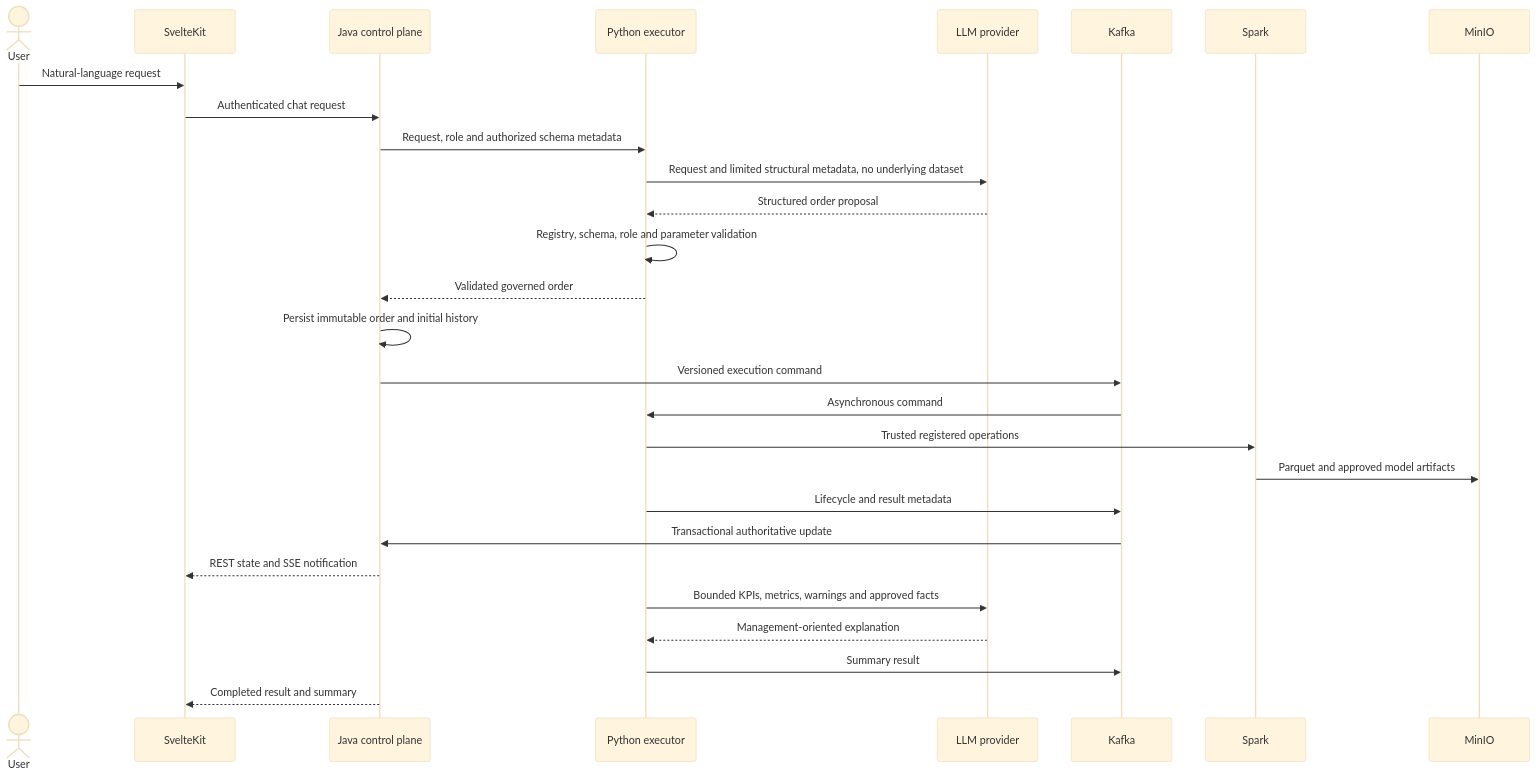
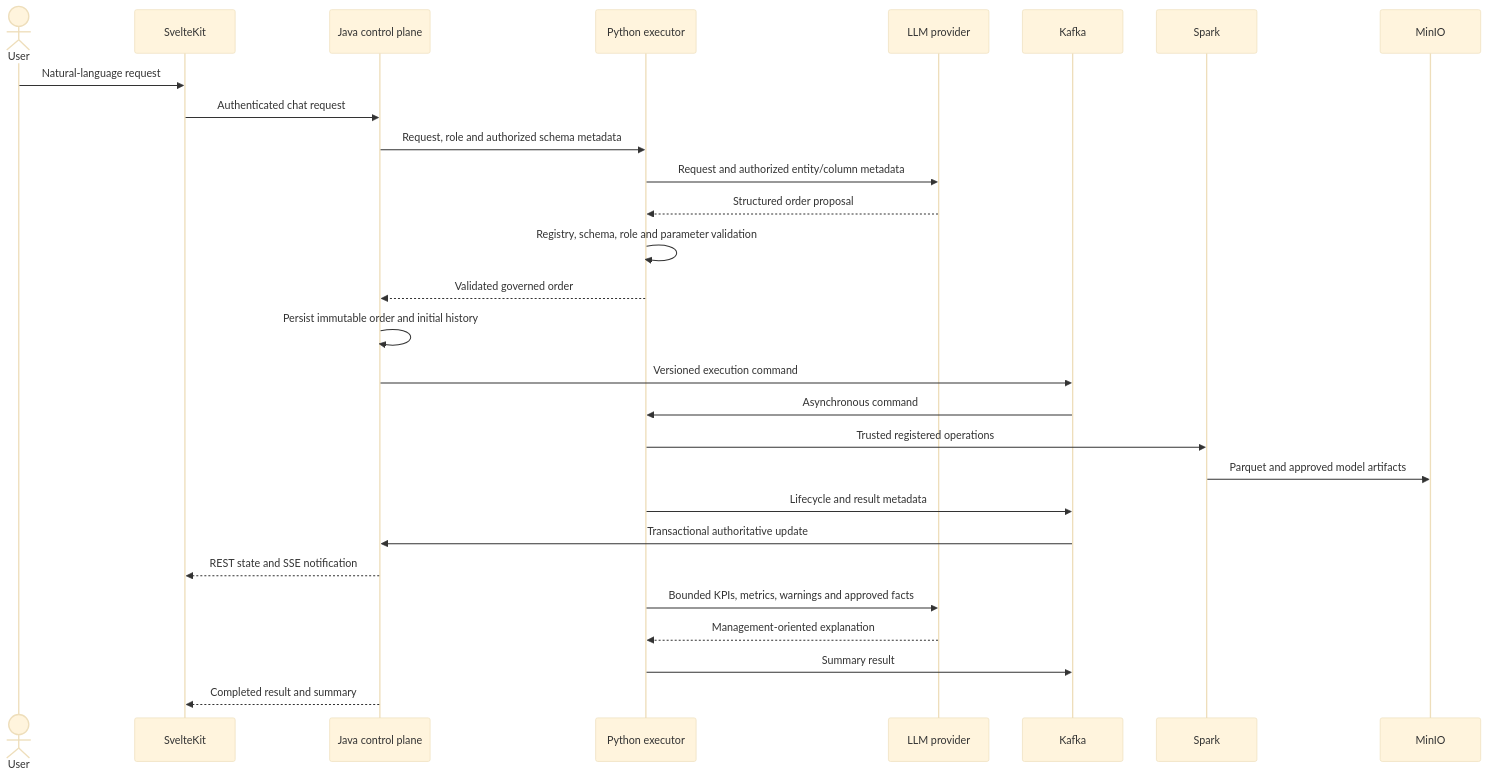
The second of 3 diagrams in README.md (egulay/kozmik-lahmacun), drawn with Mermaid (base theme) before and after one commit. The commit also changed other lines of this file and 45 other files, not shown here.

````diff
--- a/README.md
+++ b/README.md
@@ -130,31 +133,31 @@
 ```mermaid
 sequenceDiagram
     actor User
     participant UI as SvelteKit
     participant Java as Java control plane
     participant Python as Python executor
     participant LLM as LLM provider
     participant Kafka
     participant Spark
     participant MinIO
 
     User->>UI: Natural-language request
     UI->>Java: Authenticated chat request
     Java->>Python: Request, role and authorized schema metadata
-    Python->>LLM: Request and limited structural metadata, no underlying dataset
+    Python->>LLM: Request and authorized entity/column metadata
     LLM-->>Python: Structured order proposal
     Python->>Python: Registry, schema, role and parameter validation
     Python-->>Java: Validated governed order
     Java->>Java: Persist immutable order and initial history
     Java->>Kafka: Versioned execution command
     Kafka->>Python: Asynchronous command
     Python->>Spark: Trusted registered operations
     Spark->>MinIO: Parquet and approved model artifacts
     Python->>Kafka: Lifecycle and result metadata
     Kafka->>Java: Transactional authoritative update
     Java-->>UI: REST state and SSE notification
     Python->>LLM: Bounded KPIs, metrics, warnings and approved facts
     LLM-->>Python: Management-oriented explanation
     Python->>Kafka: Summary result
     Java-->>UI: Completed result and summary
 ```
````
